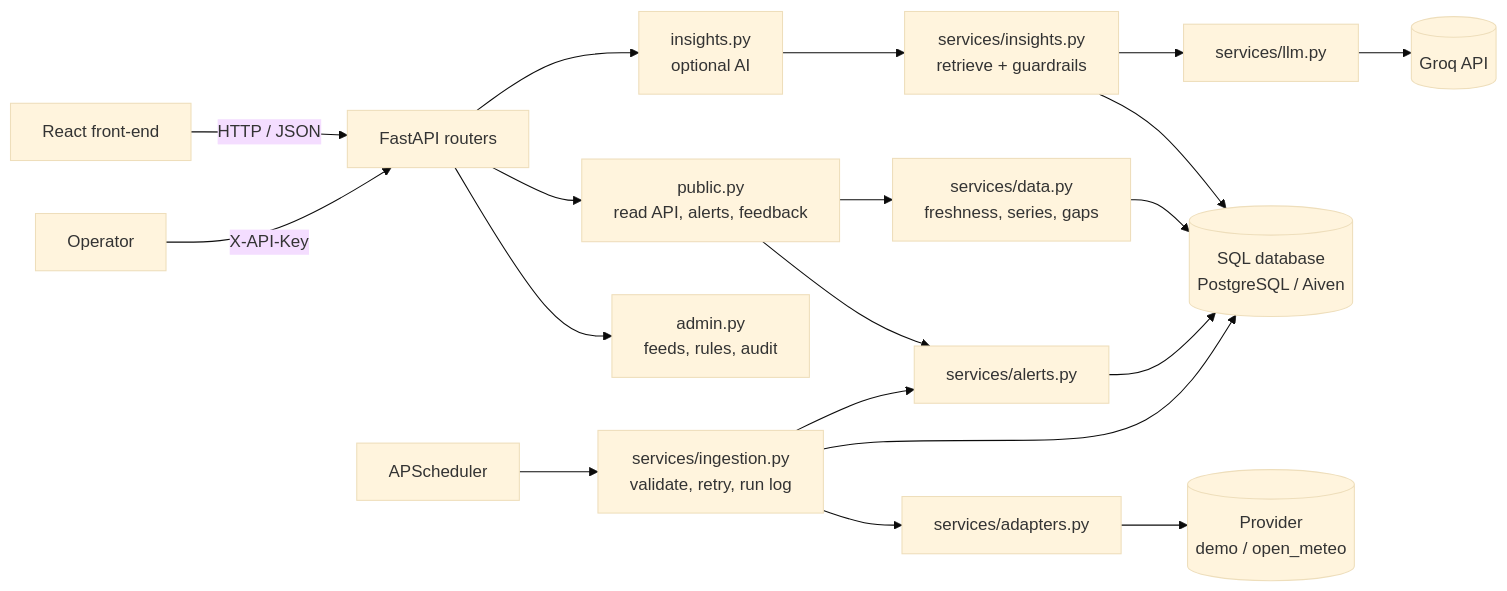
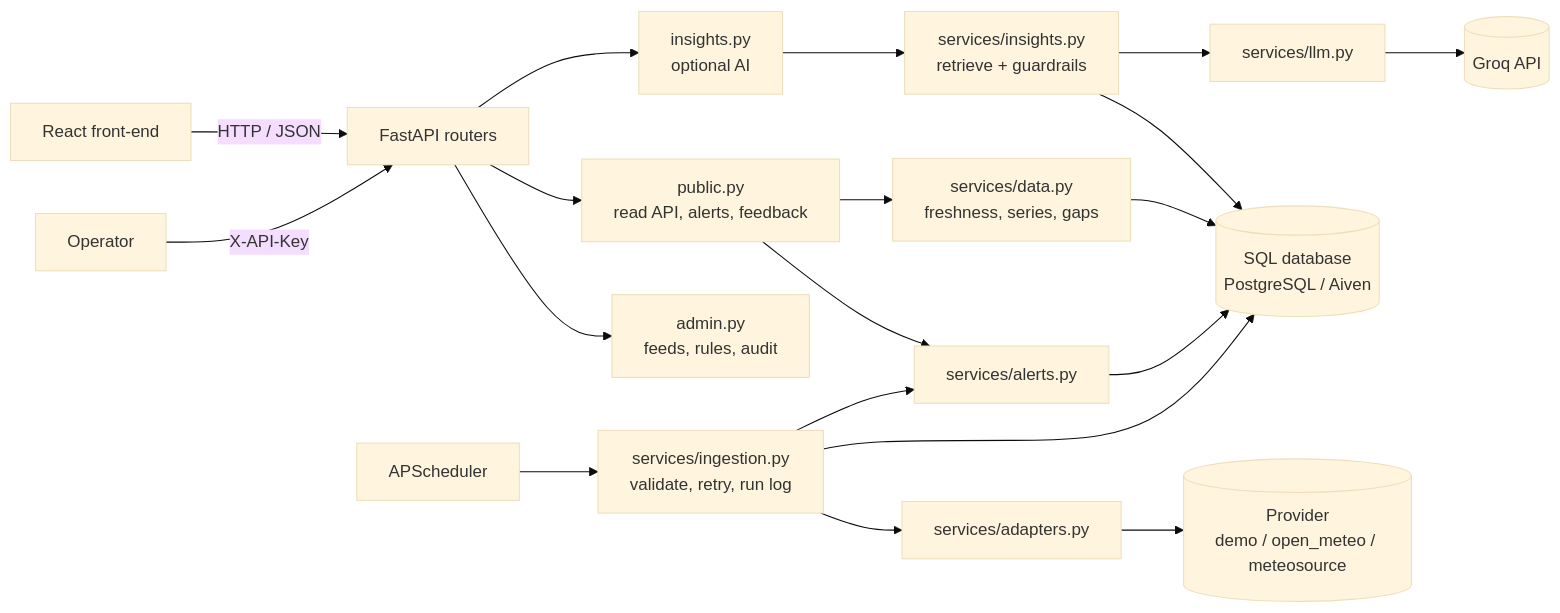
The diagram in README.md (ecoinboxhubTech/Nimasa-api), drawn with Mermaid (base theme) before and after one commit. The commit also changed other lines of this file and 8 other files, not shown here.

````diff
--- a/README.md
+++ b/README.md
@@ -143,18 +143,18 @@
 ```mermaid
 flowchart LR
     UI[React front-end] -->|HTTP / JSON| API[FastAPI routers]
     OPS[Operator] -->|X-API-Key| API
     API --> PUB[public.py<br/>read API, alerts, feedback]
     API --> AI[insights.py<br/>optional AI]
     API --> ADM[admin.py<br/>feeds, rules, audit]
     PUB --> DATA[services/data.py<br/>freshness, series, gaps]
     PUB --> ALERTS[services/alerts.py]
     AI --> INS[services/insights.py<br/>retrieve + guardrails] --> LLM[services/llm.py] --> GROQ[(Groq API)]
     INS --> DB
     DATA --> DB[(SQL database<br/>PostgreSQL / Aiven)]
     ALERTS --> DB
     SCHED[APScheduler] --> ING[services/ingestion.py<br/>validate, retry, run log]
-    ING --> ADP[services/adapters.py] --> PROV[(Provider<br/>demo / open_meteo)]
+    ING --> ADP[services/adapters.py] --> PROV[(Provider<br/>demo / open_meteo / meteosource)]
     ING --> DB
     ING --> ALERTS
 ```
````
